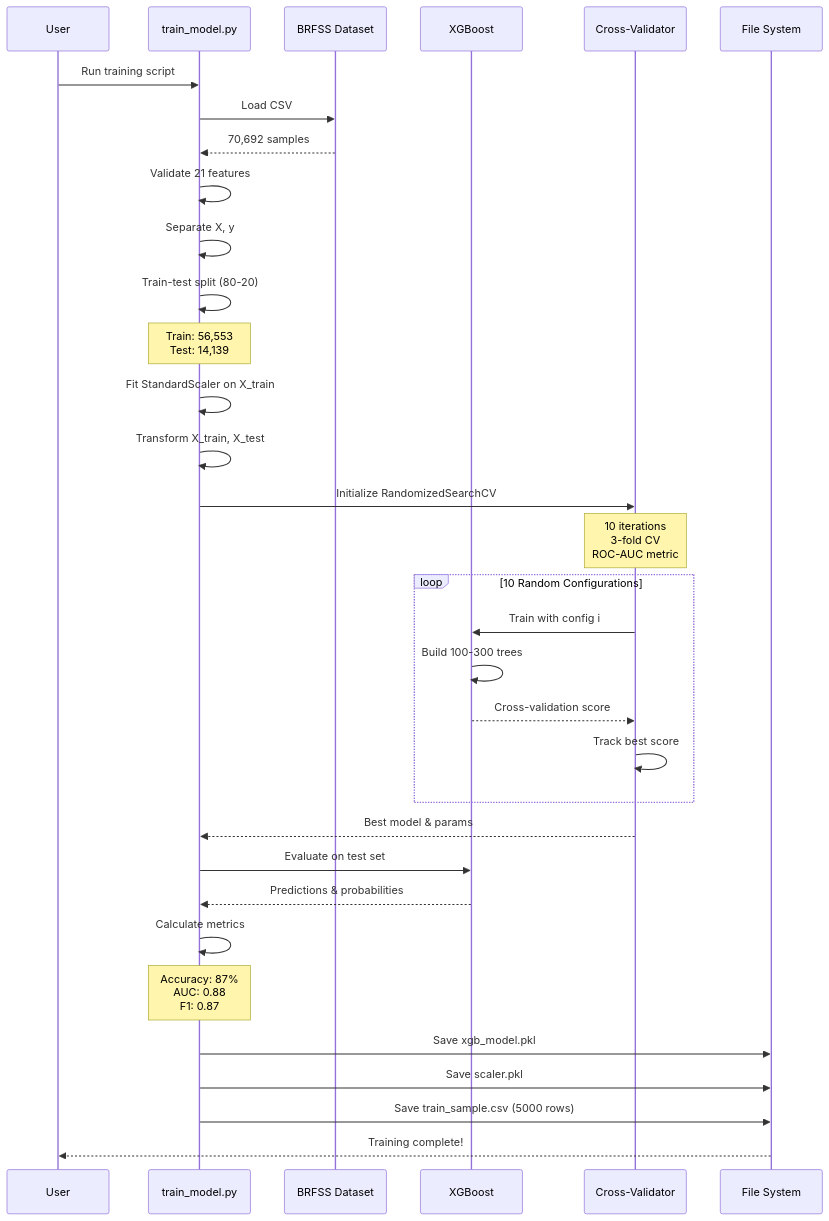
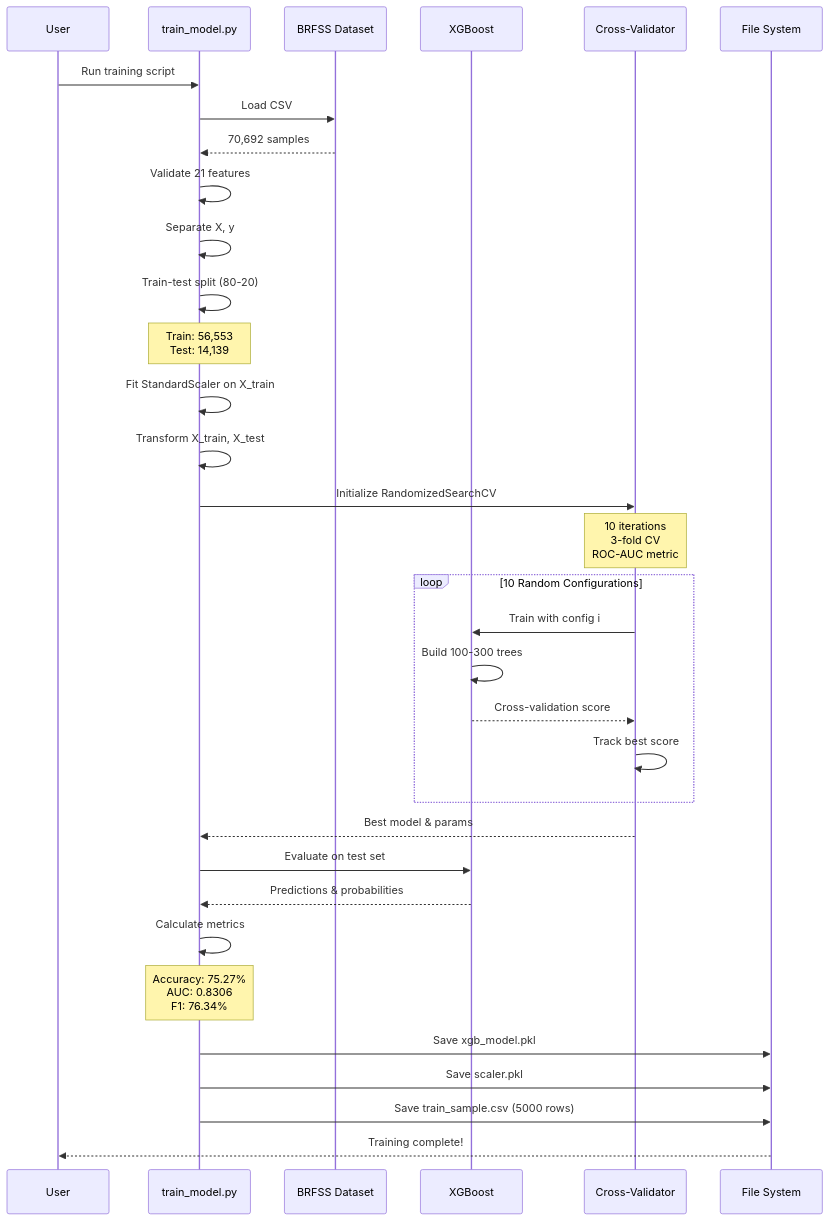
One commit to SAMI-CODEAI/Diabeties changed the tenth of 14 diagrams in PROJECT_METHODOLOGY.md. Above: the diagram before and after it, drawn with Mermaid. The commit also changed other lines of this file and 20 other files, not shown here.

````diff
--- a/PROJECT_METHODOLOGY.md
+++ b/PROJECT_METHODOLOGY.md
@@ -965,46 +965,46 @@
 ```mermaid
 sequenceDiagram
     participant User
     participant TrainScript as train_model.py
     participant Data as BRFSS Dataset
     participant XGB as XGBoost
     participant CV as Cross-Validator
     participant Disk as File System
     
     User->>TrainScript: Run training script
     TrainScript->>Data: Load CSV
     Data-->>TrainScript: 70,692 samples
     
     TrainScript->>TrainScript: Validate 21 features
     TrainScript->>TrainScript: Separate X, y
     
     TrainScript->>TrainScript: Train-test split (80-20)
     Note over TrainScript: Train: 56,553<br/>Test: 14,139
     
     TrainScript->>TrainScript: Fit StandardScaler on X_train
     TrainScript->>TrainScript: Transform X_train, X_test
     
     TrainScript->>CV: Initialize RandomizedSearchCV
     Note over CV: 10 iterations<br/>3-fold CV<br/>ROC-AUC metric
     
     loop 10 Random Configurations
         CV->>XGB: Train with config i
         XGB->>XGB: Build 100-300 trees
         XGB-->>CV: Cross-validation score
         CV->>CV: Track best score
     end
     
     CV-->>TrainScript: Best model & params
     
     TrainScript->>XGB: Evaluate on test set
     XGB-->>TrainScript: Predictions & probabilities
     
     TrainScript->>TrainScript: Calculate metrics
-    Note over TrainScript: Accuracy: 87%<br/>AUC: 0.88<br/>F1: 0.87
+    Note over TrainScript: Accuracy: 75.27%<br/>AUC: 0.8306<br/>F1: 76.34%
     
     TrainScript->>Disk: Save xgb_model.pkl
     TrainScript->>Disk: Save scaler.pkl
     TrainScript->>Disk: Save train_sample.csv (5000 rows)
     
     Disk-->>User: Training complete!
 ```
````
